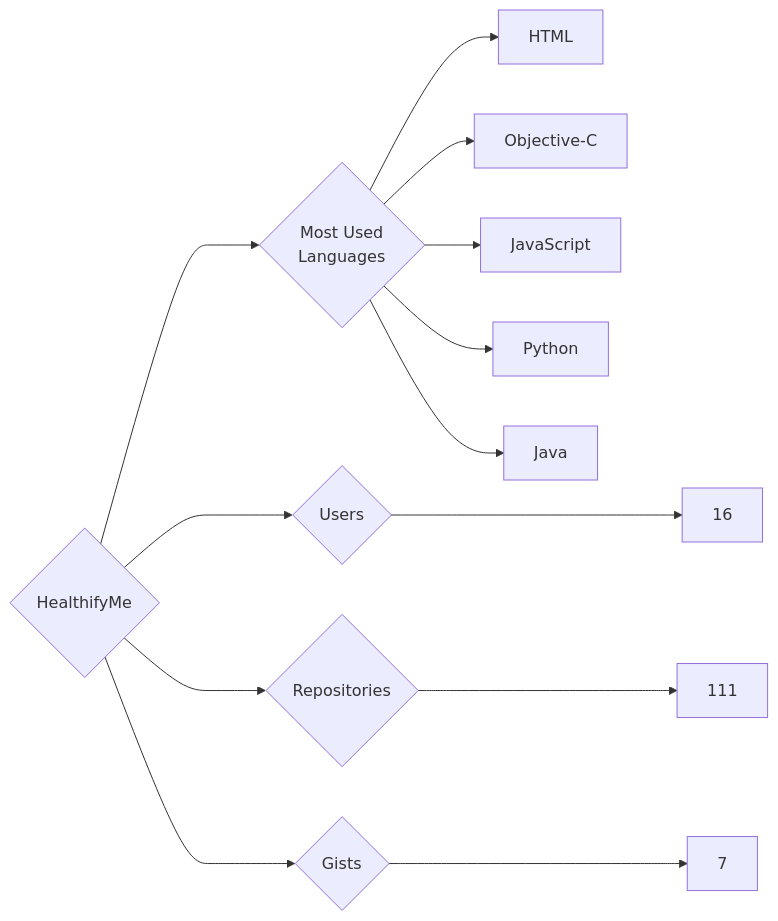
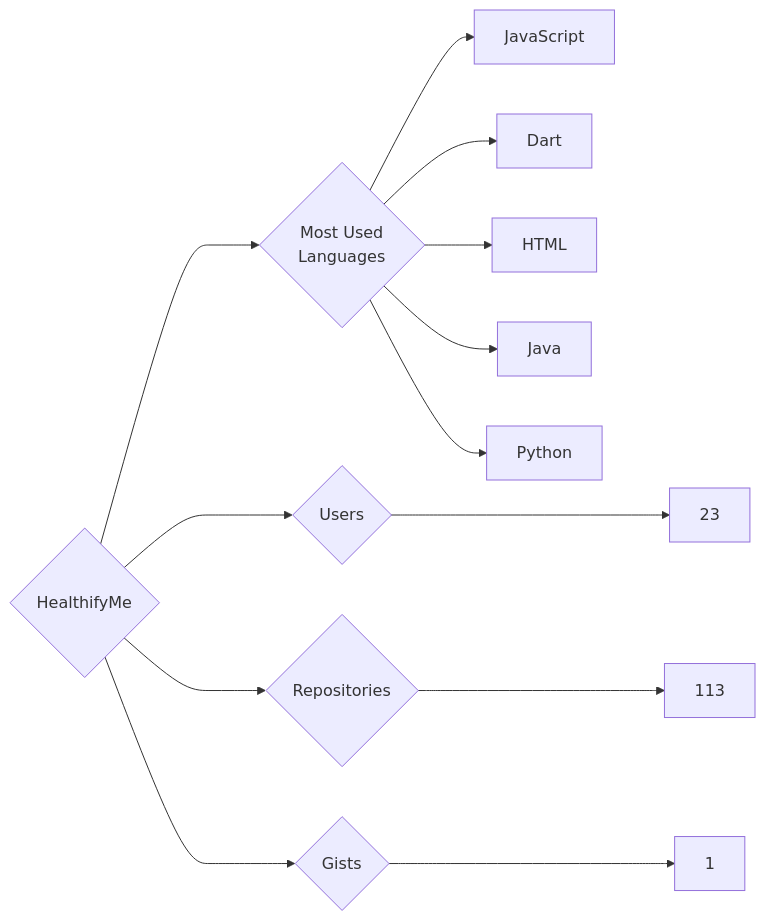
One commit to trickest/insiders changed the diagram in targets/HealthifyMe/README.md. Above: the diagram before and after it, drawn with Mermaid. The commit also changed 895 other files, not shown here.

````diff
--- a/targets/HealthifyMe/README.md
+++ b/targets/HealthifyMe/README.md
@@ -3,13 +3,13 @@
 ```mermaid
 graph LR
 COMPANY_NAME{HealthifyMe}
-COMPANY_NAME ---> U{Users} ---> UN[16]
-COMPANY_NAME ---> R{Repositories} ---> RN[111]
-COMPANY_NAME ---> G{Gists} ---> GN[7]
+COMPANY_NAME ---> U{Users} ---> UN[23]
+COMPANY_NAME ---> R{Repositories} ---> RN[113]
+COMPANY_NAME ---> G{Gists} ---> GN[1]
 COMPANY_NAME ---> ML{Most Used<br>Languages}
+ML --> JavaScript[JavaScript]
+ML --> Dart[Dart]
 ML --> HTML[HTML]
-ML --> Objective-C[Objective-C]
-ML --> JavaScript[JavaScript]
+ML --> Java[Java]
 ML --> Python[Python]
-ML --> Java[Java]
 ```
````
